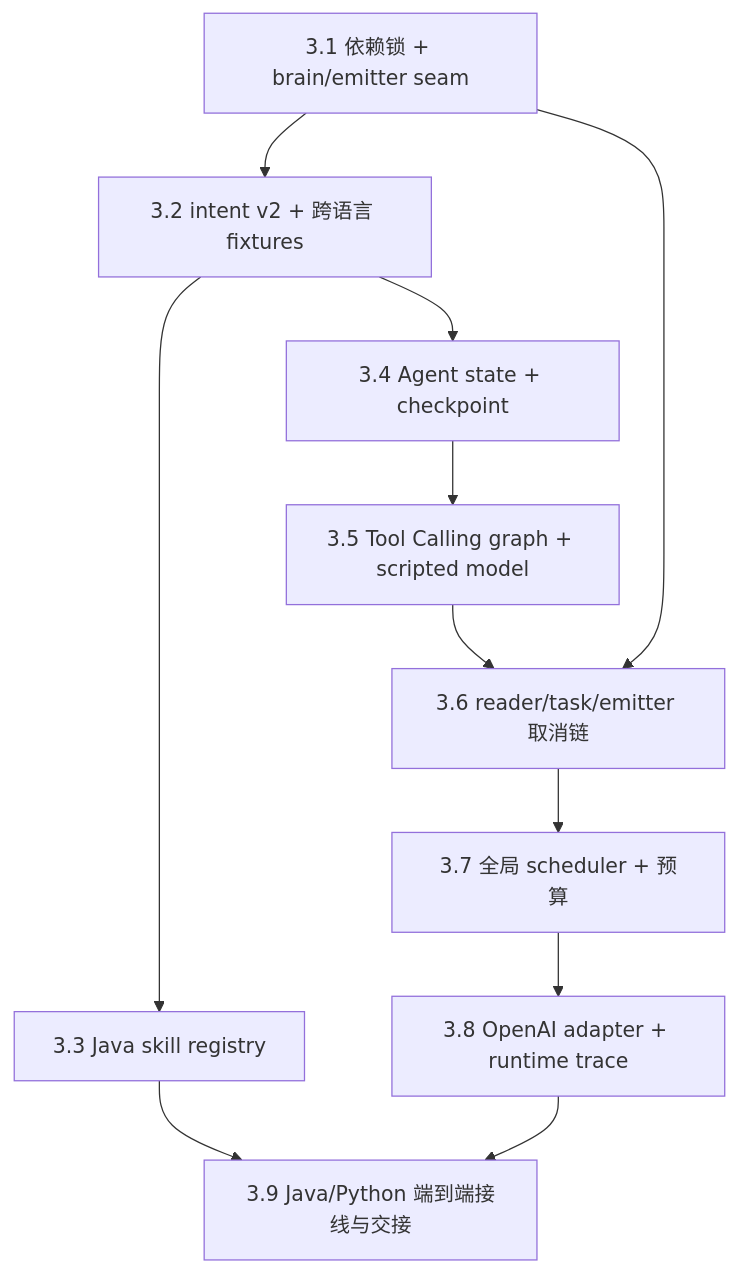
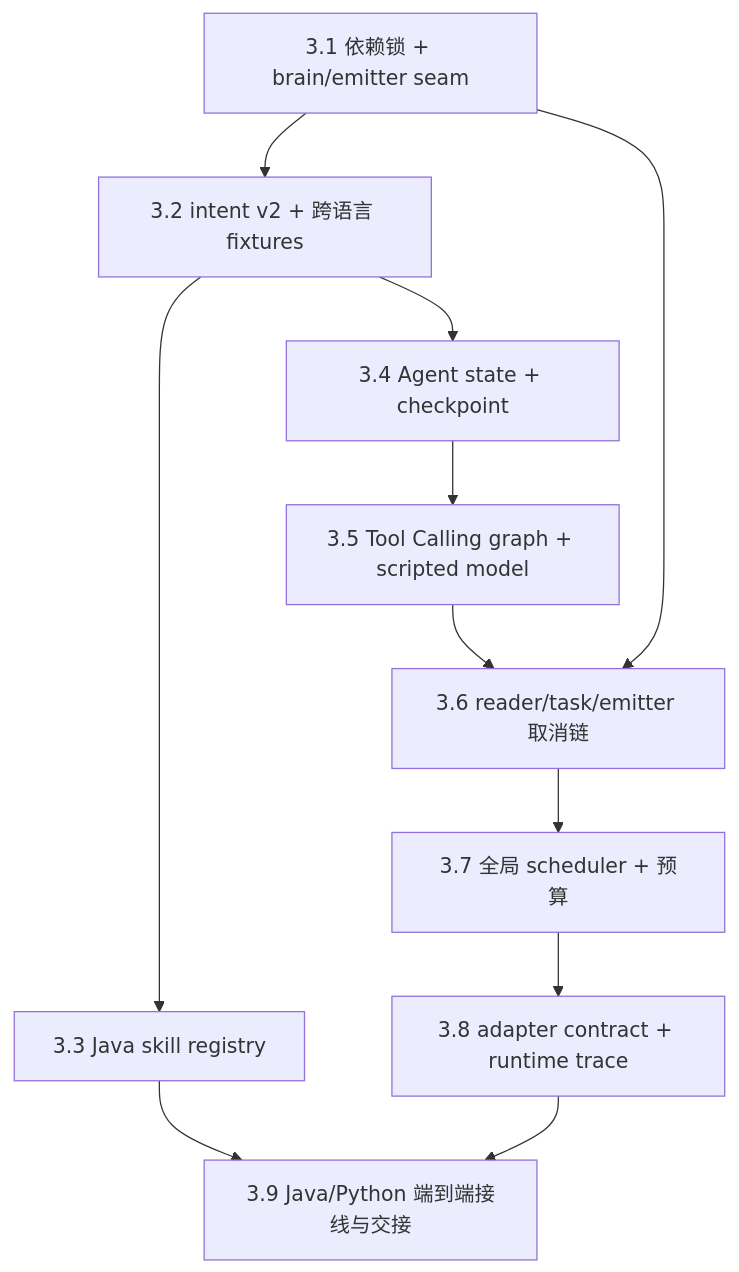
The diagram in proj2/PHASE_3_BUILD_GUIDE.md (ericdonno/cs61b-std), drawn with Mermaid before and after one commit. The commit also changed other lines of this file and 56 other files, not shown here.

````diff
--- a/proj2/PHASE_3_BUILD_GUIDE.md
+++ b/proj2/PHASE_3_BUILD_GUIDE.md
@@ -145,13 +145,13 @@
 ```mermaid
 flowchart TD
     A["3.1 依赖锁 + brain/emitter seam"] --> B["3.2 intent v2 + 跨语言 fixtures"]
     B --> C["3.3 Java skill registry"]
     B --> D["3.4 Agent state + checkpoint"]
     D --> E["3.5 Tool Calling graph + scripted model"]
     A --> F["3.6 reader/task/emitter 取消链"]
     E --> F
     F --> G["3.7 全局 scheduler + 预算"]
-    G --> H["3.8 OpenAI adapter + runtime trace"]
+    G --> H["3.8 adapter contract + runtime trace"]
     C --> I["3.9 Java/Python 端到端接线与交接"]
     H --> I
 ```
````
